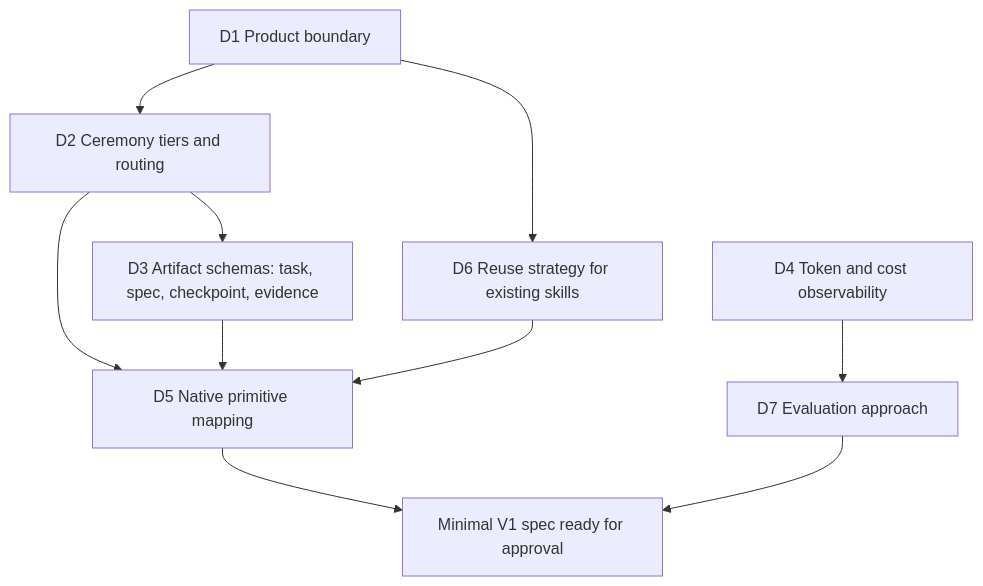
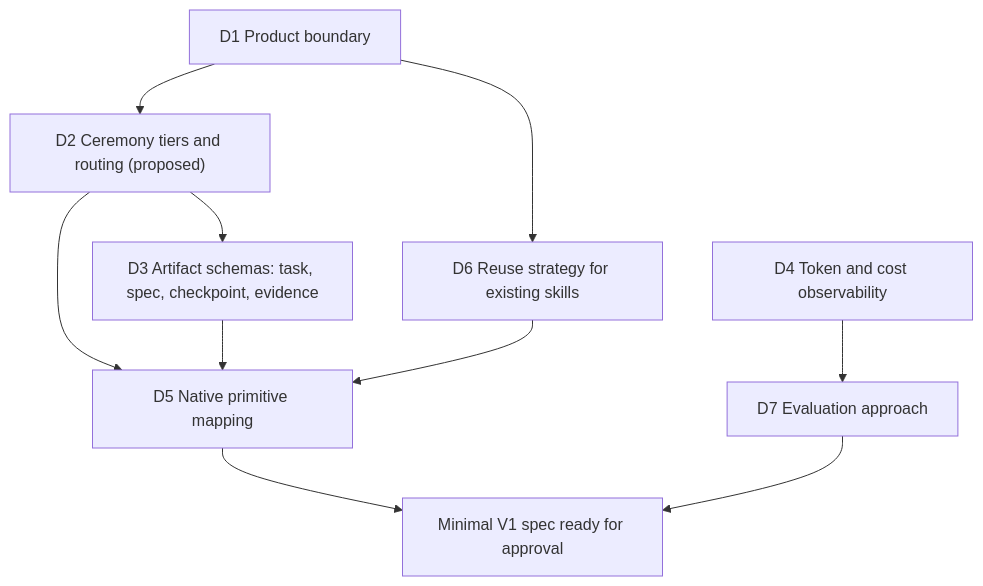
Before and after one commit to EduardoShibukawa/G-Inga: the diagram in docs/decision-map.md, drawn with Mermaid. The commit also changed other lines of this file and 5 other files, not shown here.

First line of the commit message:
docs: propose D2 ceremony tiers and routing; add brand notes

````diff
--- a/docs/decision-map.md
+++ b/docs/decision-map.md
@@ -5,12 +5,12 @@
 ```mermaid
 flowchart TD
-    D1["D1 Product boundary"] --> D2["D2 Ceremony tiers and routing"]
+    D1["D1 Product boundary"] --> D2["D2 Ceremony tiers and routing (proposed)"]
     D1 --> D6["D6 Reuse strategy for existing skills"]
     D2 --> D3["D3 Artifact schemas: task, spec, checkpoint, evidence"]
     D4["D4 Token and cost observability"] --> D7["D7 Evaluation approach"]
     D2 --> D5["D5 Native primitive mapping"]
     D3 --> D5
     D6 --> D5
     D5 --> V1["Minimal V1 spec ready for approval"]
     D7 --> V1
 ```
````
